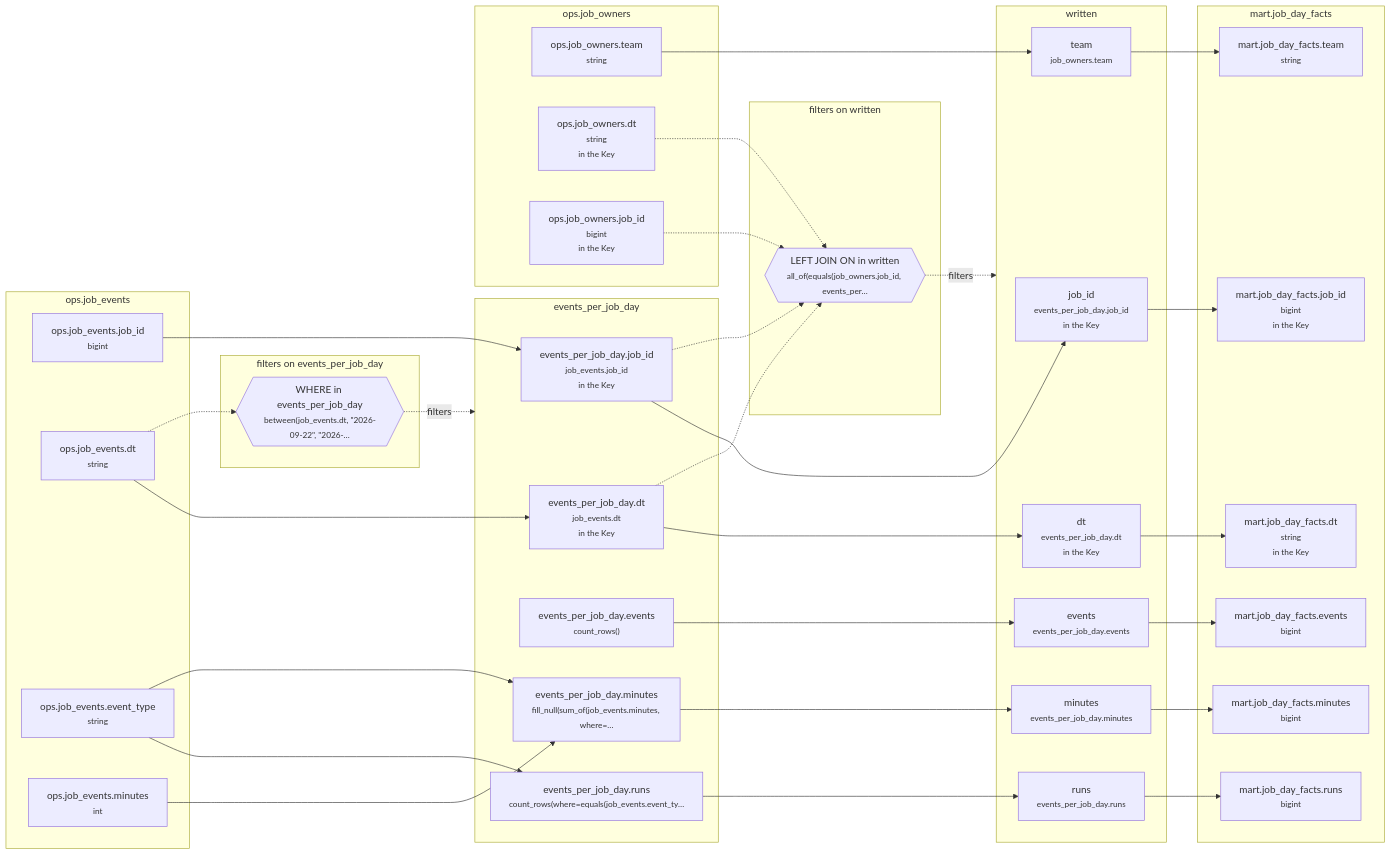
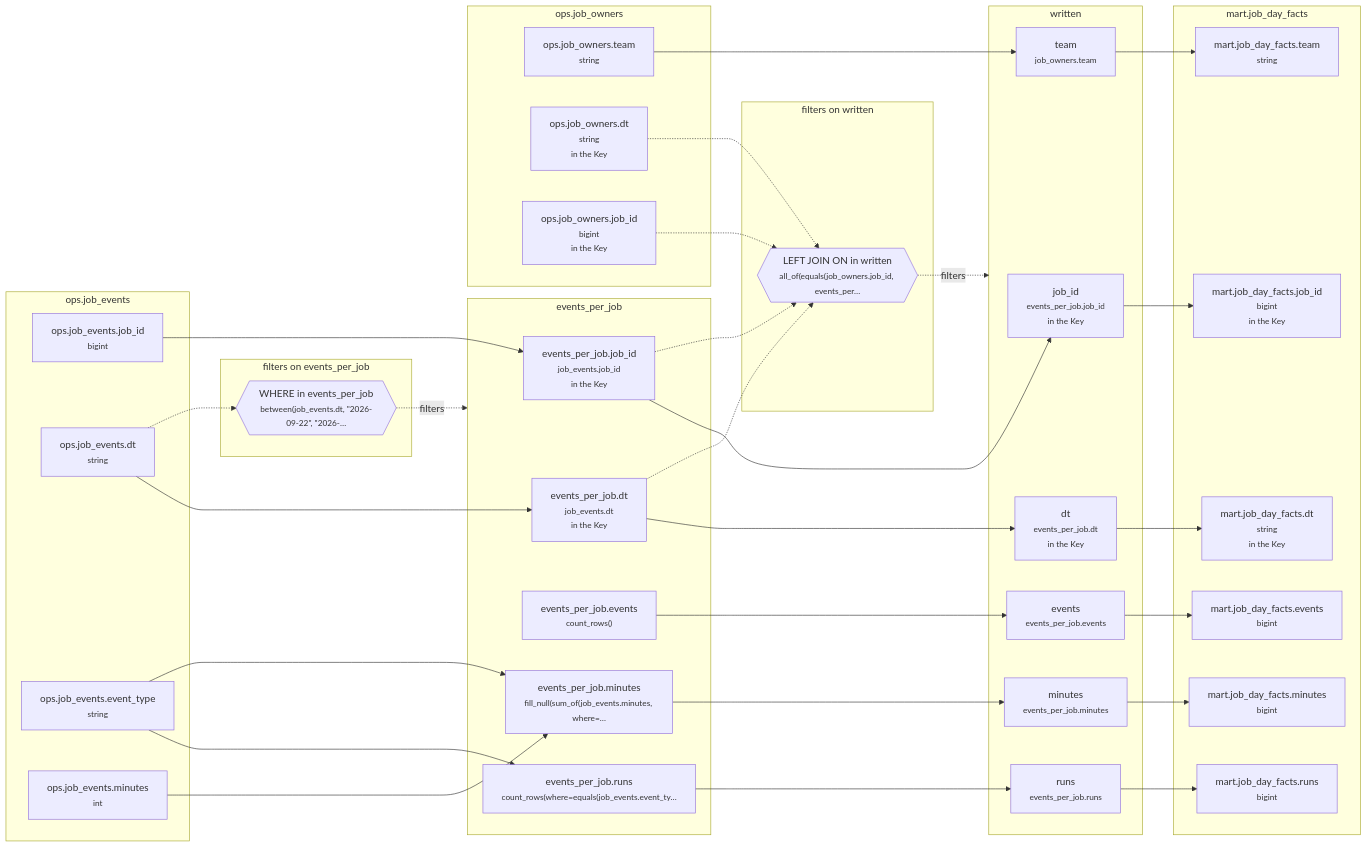
Before and after one commit to EdgyPage/SQL-Composer: the diagram in example_projects/intermediate/tables/mart__job_day_facts/lineage/20260925-060000-mart__job_day_facts.md, drawn with Mermaid. The commit also changed other lines of this file and 99 other files, not shown here.

````diff
--- a/example_projects/intermediate/tables/mart__job_day_facts/lineage/20260925-060000-mart__job_day_facts.md
+++ b/example_projects/intermediate/tables/mart__job_day_facts/lineage/20260925-060000-mart__job_day_facts.md
@@ -7,67 +7,67 @@
 ```mermaid
 flowchart LR
   subgraph g0["ops.job_events"]
     n0["ops.job_events.job_id<br/><small>bigint</small>"]
     n2["ops.job_events.dt<br/><small>string</small>"]
     n5["ops.job_events.event_type<br/><small>string</small>"]
     n7["ops.job_events.minutes<br/><small>int</small>"]
   end
-  subgraph g1["events_per_job_day"]
-    n1["events_per_job_day.job_id<br/><small>job_events.job_id</small><br/><small>in the Key</small>"]
-    n3["events_per_job_day.dt<br/><small>job_events.dt</small><br/><small>in the Key</small>"]
-    n4["events_per_job_day.events<br/><small>count_rows()</small>"]
-    n6["events_per_job_day.runs<br/><small>count_rows(where=equals(job_events.event_ty…</small>"]
-    n8["events_per_job_day.minutes<br/><small>fill_null(sum_of(job_events.minutes, where=…</small>"]
+  subgraph g1["events_per_job"]
+    n1["events_per_job.job_id<br/><small>job_events.job_id</small><br/><small>in the Key</small>"]
+    n3["events_per_job.dt<br/><small>job_events.dt</small><br/><small>in the Key</small>"]
+    n4["events_per_job.events<br/><small>count_rows()</small>"]
+    n6["events_per_job.runs<br/><small>count_rows(where=equals(job_events.event_ty…</small>"]
+    n8["events_per_job.minutes<br/><small>fill_null(sum_of(job_events.minutes, where=…</small>"]
   end
-  subgraph g2["filters on events_per_job_day"]
-    n9{{"WHERE in events_per_job_day<br/><small>between(job_events.dt, #quot;2026-09-22#quot;, #quot;2026-…</small>"}}
+  subgraph g2["filters on events_per_job"]
+    n9{{"WHERE in events_per_job<br/><small>between(job_events.dt, #quot;2026-09-22#quot;, #quot;2026-…</small>"}}
   end
   subgraph g3["written"]
-    n10["job_id<br/><small>events_per_job_day.job_id</small><br/><small>in the Key</small>"]
+    n10["job_id<br/><small>events_per_job.job_id</small><br/><small>in the Key</small>"]
     n12["team<br/><small>job_owners.team</small>"]
-    n13["events<br/><small>events_per_job_day.events</small>"]
-    n14["runs<br/><small>events_per_job_day.runs</small>"]
-    n15["minutes<br/><small>events_per_job_day.minutes</small>"]
-    n16["dt<br/><small>events_per_job_day.dt</small><br/><small>in the Key</small>"]
+    n13["events<br/><small>events_per_job.events</small>"]
+    n14["runs<br/><small>events_per_job.runs</small>"]
+    n15["minutes<br/><small>events_per_job.minutes</small>"]
+    n16["dt<br/><small>events_per_job.dt</small><br/><small>in the Key</small>"]
   end
   subgraph g4["ops.job_owners"]
     n11["ops.job_owners.team<br/><small>string</small>"]
     n18["ops.job_owners.dt<br/><small>string</small><br/><small>in the Key</small>"]
     n19["ops.job_owners.job_id<br/><small>bigint</small><br/><small>in the Key</small>"]
   end
   subgraph g5["filters on written"]
     n17{{"LEFT JOIN ON in written<br/><small>all_of(equals(job_owners.job_id, events_per…</small>"}}
   end
   subgraph g6["mart.job_day_facts"]
     n20["mart.job_day_facts.job_id<br/><small>bigint</small><br/><small>in the Key</small>"]
     n21["mart.job_day_facts.team<br/><small>string</small>"]
     n22["mart.job_day_facts.events<br/><small>bigint</small>"]
     n23["mart.job_day_facts.runs<br/><small>bigint</small>"]
     n24["mart.job_day_facts.minutes<br/><small>bigint</small>"]
     n25["mart.job_day_facts.dt<br/><small>string</small><br/><small>in the Key</small>"]
   end
   n0 --> n1
   n2 --> n3
   n5 --> n6
   n7 --> n8
   n5 --> n8
   n2 -.-> n9
   n1 --> n10
   n11 --> n12
   n4 --> n13
   n6 --> n14
   n8 --> n15
   n3 --> n16
   n18 -.-> n17
   n19 -.-> n17
   n1 -.-> n17
   n3 -.-> n17
   n10 --> n20
   n12 --> n21
   n13 --> n22
   n14 --> n23
   n15 --> n24
   n16 --> n25
   n9 -.->|filters| g1
   n17 -.->|filters| g3
 ```
````
